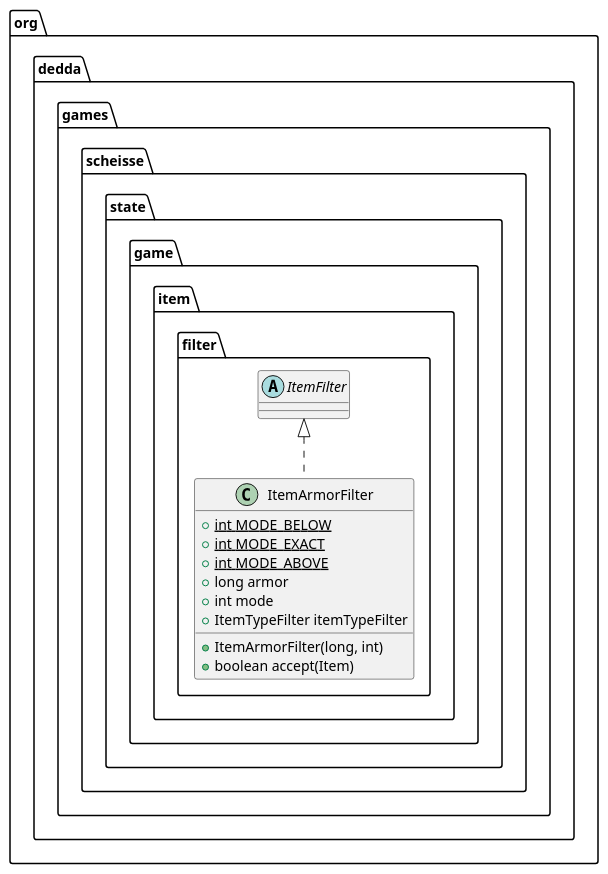
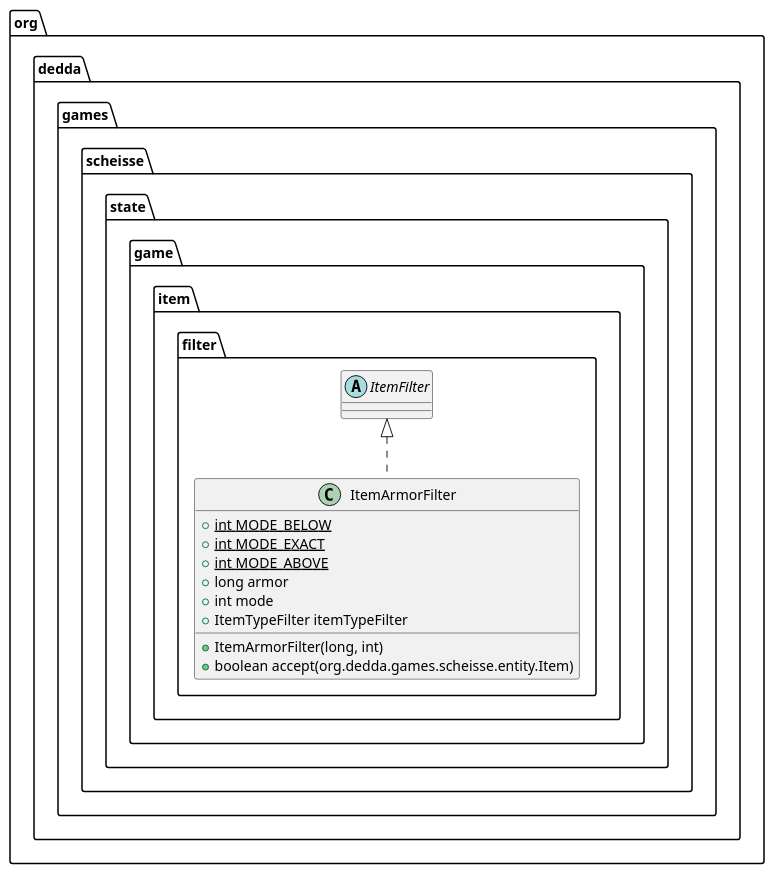
The diagram in game/uml/classes/org.dedda.games.scheisse.state.game.item.filter.ItemArmorFilter.puml (gitter-badger/scheisse), drawn with PlantUML before and after one commit. The commit also changed 23 other files, not shown here.

```diff
--- a/game/uml/classes/org.dedda.games.scheisse.state.game.item.filter.ItemArmorFilter.puml
+++ b/game/uml/classes/org.dedda.games.scheisse.state.game.item.filter.ItemArmorFilter.puml
@@ -1,16 +1,16 @@
 @startuml
 abstract class org.dedda.games.scheisse.state.game.item.filter.ItemFilter
 
 class org.dedda.games.scheisse.state.game.item.filter.ItemArmorFilter{
     + {static} int MODE_BELOW
     + {static} int MODE_EXACT
     + {static} int MODE_ABOVE
     + long armor
     + int mode
     + ItemTypeFilter itemTypeFilter
     + ItemArmorFilter(long, int)
-    + boolean accept(Item)
+    + boolean accept(org.dedda.games.scheisse.entity.Item)
 }
 
 org.dedda.games.scheisse.state.game.item.filter.ItemFilter <|.. org.dedda.games.scheisse.state.game.item.filter.ItemArmorFilter
 @enduml
```
